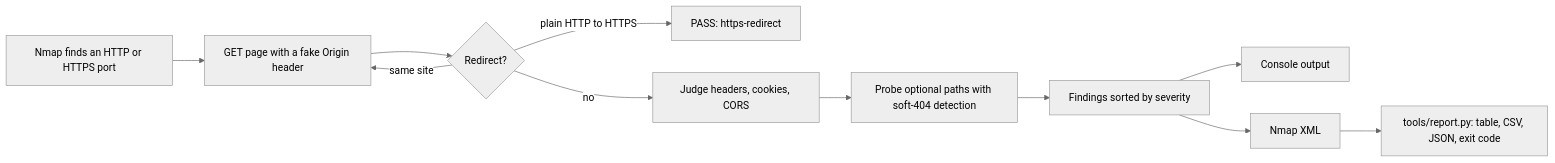
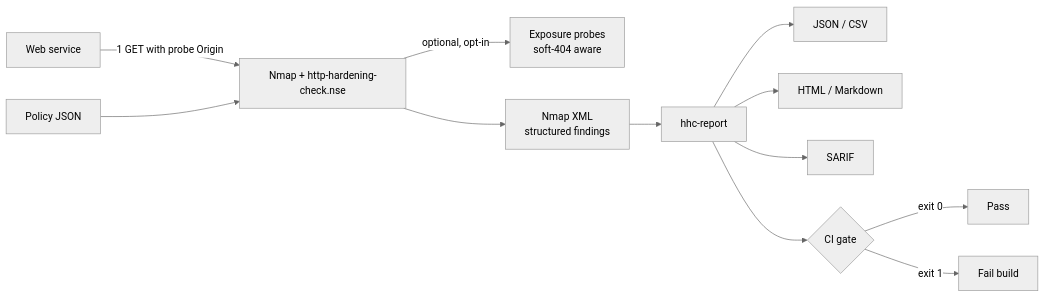
One commit to VijaysinghPuwar/http-hardening-nmap-nse changed the diagram in README.md. Above: the diagram before and after it, drawn with Mermaid (neutral theme). The commit also changed other lines of this file and 18 other files, not shown here.

````diff
--- a/README.md
+++ b/README.md
@@ -39,13 +158,14 @@
 ```mermaid
 flowchart LR
-    A[Nmap finds an HTTP or HTTPS port] --> B[GET page with a fake Origin header]
-    B --> C{Redirect?}
-    C -->|plain HTTP to HTTPS| P[PASS: https-redirect]
-    C -->|same site| B
-    C -->|no| D[Judge headers, cookies, CORS]
-    D --> E[Probe optional paths with soft-404 detection]
-    E --> F[Findings sorted by severity]
-    F --> G[Console output]
-    F --> H[Nmap XML]
-    H --> I[tools/report.py: table, CSV, JSON, exit code]
+    T[Web service] -->|1 GET with probe Origin| N[Nmap + http-hardening-check.nse]
+    P[Policy JSON] --> N
+    N -->|optional, opt-in| E[Exposure probes<br/>soft-404 aware]
+    N --> X[Nmap XML<br/>structured findings]
+    X --> R[hhc-report]
+    R --> J[JSON / CSV]
+    R --> H[HTML / Markdown]
+    R --> S[SARIF]
+    R --> G{CI gate}
+    G -->|exit 0| OK[Pass]
+    G -->|exit 1| F[Fail build]
 ```
````
